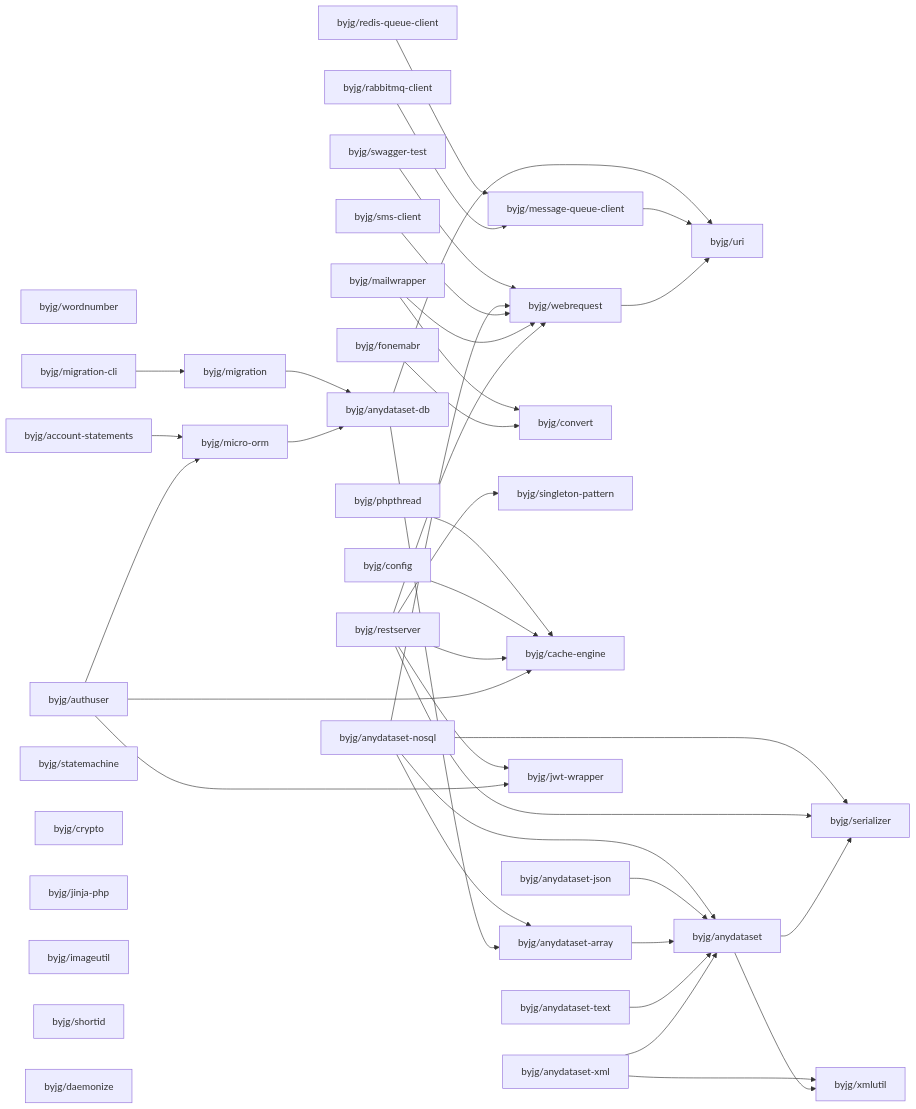
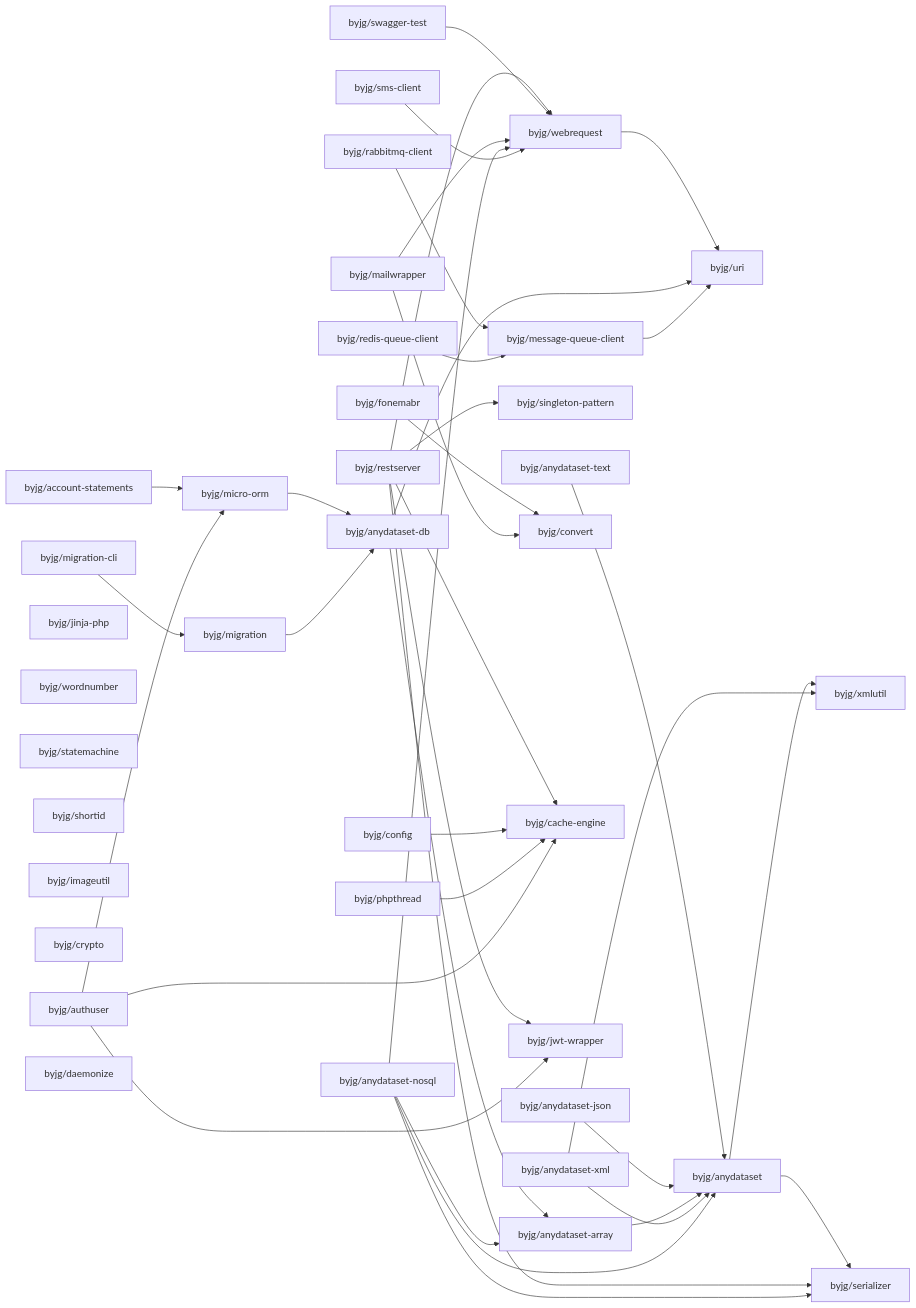
Before and after one commit to byjg/byjg.github.io: the diagram in docs/php/README.md, drawn with Mermaid. The commit also changed other lines of this file, not shown here.

Commit message:
Update documentation 'php' 'php-migration'

````diff
--- a/docs/php/README.md
+++ b/docs/php/README.md
@@ -3,76 +3,76 @@
 ```mermaid
 graph LR;
+  byjg/restserver;
+  byjg/sms-client;
+  byjg/account-statements;
+  byjg/anydataset-text;
+  byjg/migration-cli;
+  byjg/jinja-php;
+  byjg/wordnumber;
+  byjg/statemachine;
+  byjg/redis-queue-client;
+  byjg/shortid;
+  byjg/anydataset-xml;
+  byjg/imageutil;
+  byjg/mailwrapper;
+  byjg/rabbitmq-client;
   byjg/phpthread;
-  byjg/wordnumber;
+  byjg/swagger-test;
+  byjg/fonemabr;
+  byjg/crypto;
+  byjg/config;
   byjg/anydataset-json;
-  byjg/mailwrapper;
-  byjg/anydataset-text;
+  byjg/authuser;
   byjg/anydataset-nosql;
-  byjg/account-statements;
-  byjg/migration-cli;
-  byjg/fonemabr;
-  byjg/rabbitmq-client;
-  byjg/sms-client;
-  byjg/authuser;
-  byjg/statemachine;
-  byjg/crypto;
-  byjg/jinja-php;
-  byjg/swagger-test;
-  byjg/config;
-  byjg/imageutil;
-  byjg/anydataset-xml;
-  byjg/shortid;
-  byjg/restserver;
   byjg/daemonize;
-  byjg/redis-queue-client;
+  byjg/singleton-pattern;
   byjg/migration;
+  byjg/message-queue-client;
   byjg/convert;
   byjg/micro-orm;
-  byjg/singleton-pattern;
   byjg/cache-engine;
+  byjg/jwt-wrapper;
   byjg/webrequest;
-  byjg/jwt-wrapper;
-  byjg/message-queue-client;
   byjg/anydataset-db;
   byjg/anydataset-array;
   byjg/uri;
   byjg/anydataset;
   byjg/serializer;
   byjg/xmlutil;
-  byjg/migration --> byjg/anydataset-db;
-  byjg/swagger-test --> byjg/webrequest;
+  byjg/sms-client --> byjg/webrequest;
   byjg/anydataset-nosql --> byjg/anydataset;
   byjg/anydataset-nosql --> byjg/anydataset-array;
   byjg/anydataset-nosql --> byjg/serializer;
   byjg/anydataset-nosql --> byjg/webrequest;
+  byjg/anydataset-xml --> byjg/anydataset;
+  byjg/anydataset-xml --> byjg/xmlutil;
+  byjg/message-queue-client --> byjg/uri;
+  byjg/redis-queue-client --> byjg/message-queue-client;
+  byjg/authuser --> byjg/micro-orm;
+  byjg/authuser --> byjg/cache-engine;
+  byjg/authuser --> byjg/jwt-wrapper;
+  byjg/mailwrapper --> byjg/convert;
+  byjg/mailwrapper --> byjg/webrequest;
+  byjg/anydataset-array --> byjg/anydataset;
+  byjg/account-statements --> byjg/micro-orm;
+  byjg/phpthread --> byjg/cache-engine;
+  byjg/fonemabr --> byjg/convert;
+  byjg/migration --> byjg/anydataset-db;
+  byjg/micro-orm --> byjg/anydataset-db;
+  byjg/swagger-test --> byjg/webrequest;
   byjg/anydataset-db --> byjg/anydataset-array;
   byjg/anydataset-db --> byjg/uri;
-  byjg/sms-client --> byjg/webrequest;
+  byjg/config --> byjg/cache-engine;
   byjg/anydataset-json --> byjg/anydataset;
-  byjg/mailwrapper --> byjg/convert;
-  byjg/mailwrapper --> byjg/webrequest;
-  byjg/phpthread --> byjg/cache-engine;
-  byjg/anydataset-array --> byjg/anydataset;
-  byjg/account-statements --> byjg/micro-orm;
-  byjg/migration-cli --> byjg/migration;
-  byjg/redis-queue-client --> byjg/message-queue-client;
-  byjg/config --> byjg/cache-engine;
-  byjg/fonemabr --> byjg/convert;
   byjg/anydataset-text --> byjg/anydataset;
-  byjg/message-queue-client --> byjg/uri;
-  byjg/anydataset-xml --> byjg/anydataset;
-  byjg/anydataset-xml --> byjg/xmlutil;
+  byjg/rabbitmq-client --> byjg/message-queue-client;
   byjg/restserver --> byjg/serializer;
   byjg/restserver --> byjg/singleton-pattern;
   byjg/restserver --> byjg/cache-engine;
   byjg/restserver --> byjg/webrequest;
   byjg/restserver --> byjg/jwt-wrapper;
-  byjg/authuser --> byjg/micro-orm;
-  byjg/authuser --> byjg/cache-engine;
-  byjg/authuser --> byjg/jwt-wrapper;
-  byjg/micro-orm --> byjg/anydataset-db;
   byjg/anydataset --> byjg/serializer;
   byjg/anydataset --> byjg/xmlutil;
-  byjg/rabbitmq-client --> byjg/message-queue-client;
   byjg/webrequest --> byjg/uri;
+  byjg/migration-cli --> byjg/migration;
 ```
````
